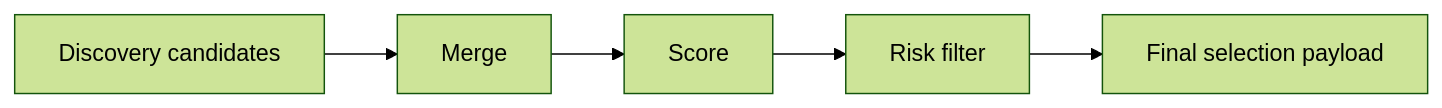
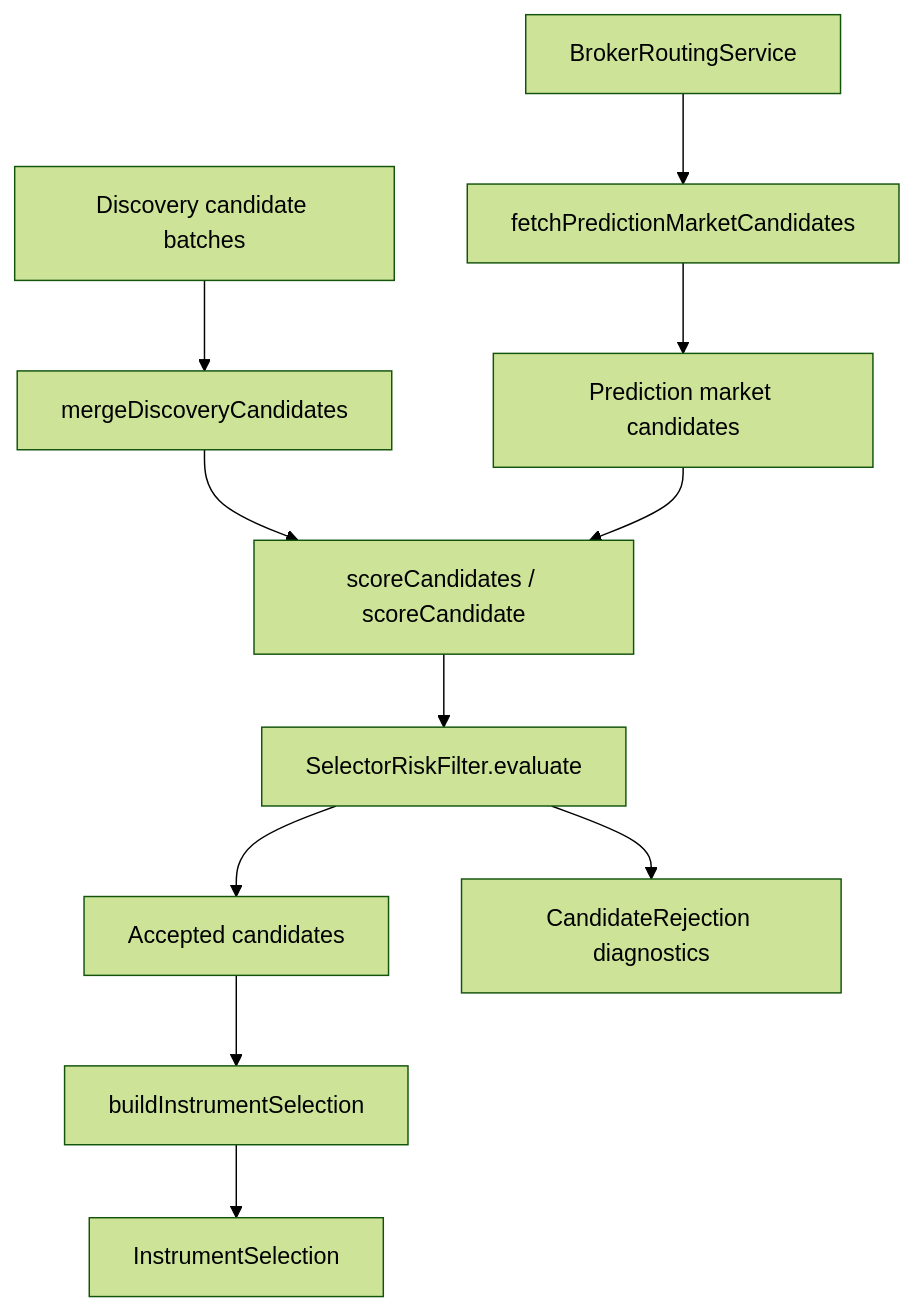
One commit to KennethAtchon/Exva changed the diagram in electron/main/services/signal/scoring/README.md. Above: the diagram before and after it, drawn with Mermaid (forest theme). The commit also changed other lines of this file and 40 other files, not shown here.

````diff
--- a/electron/main/services/signal/scoring/README.md
+++ b/electron/main/services/signal/scoring/README.md
@@ -14,7 +19,14 @@
 ```mermaid
-flowchart LR
-    DISC[Discovery candidates] --> MERGE[Merge]
-    MERGE --> SCORE[Score]
-    SCORE --> FILTER[Risk filter]
-    FILTER --> SUBMIT[Final selection payload]
+flowchart TD
+    Batches[Discovery candidate batches] --> Merge[mergeDiscoveryCandidates]
+    Merge --> Score[scoreCandidates / scoreCandidate]
+    Score --> Filter[SelectorRiskFilter.evaluate]
+    Filter --> Accepted[Accepted candidates]
+    Filter --> Rejected[CandidateRejection diagnostics]
+    Accepted --> Submit[buildInstrumentSelection]
+    Submit --> Selection[InstrumentSelection]
+
+    Broker[BrokerRoutingService] --> PM[fetchPredictionMarketCandidates]
+    PM --> PMCandidates[Prediction market candidates]
+    PMCandidates --> Score
 ```
````
